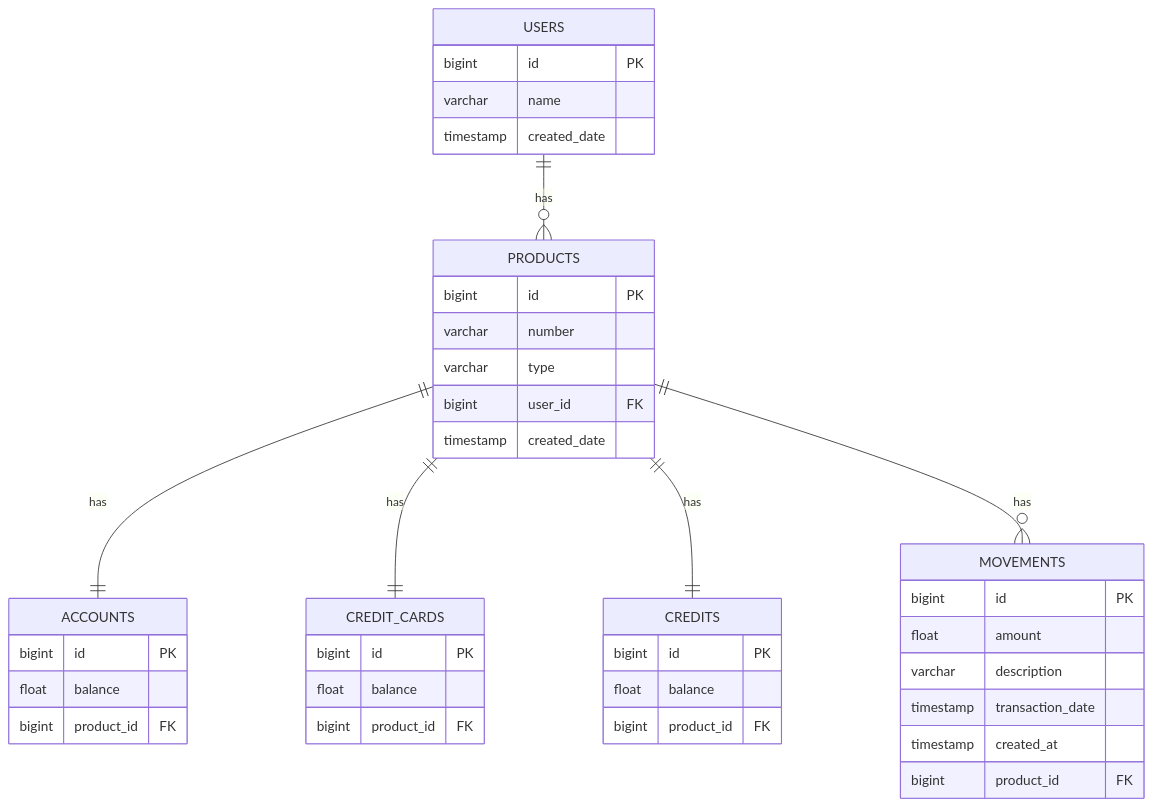
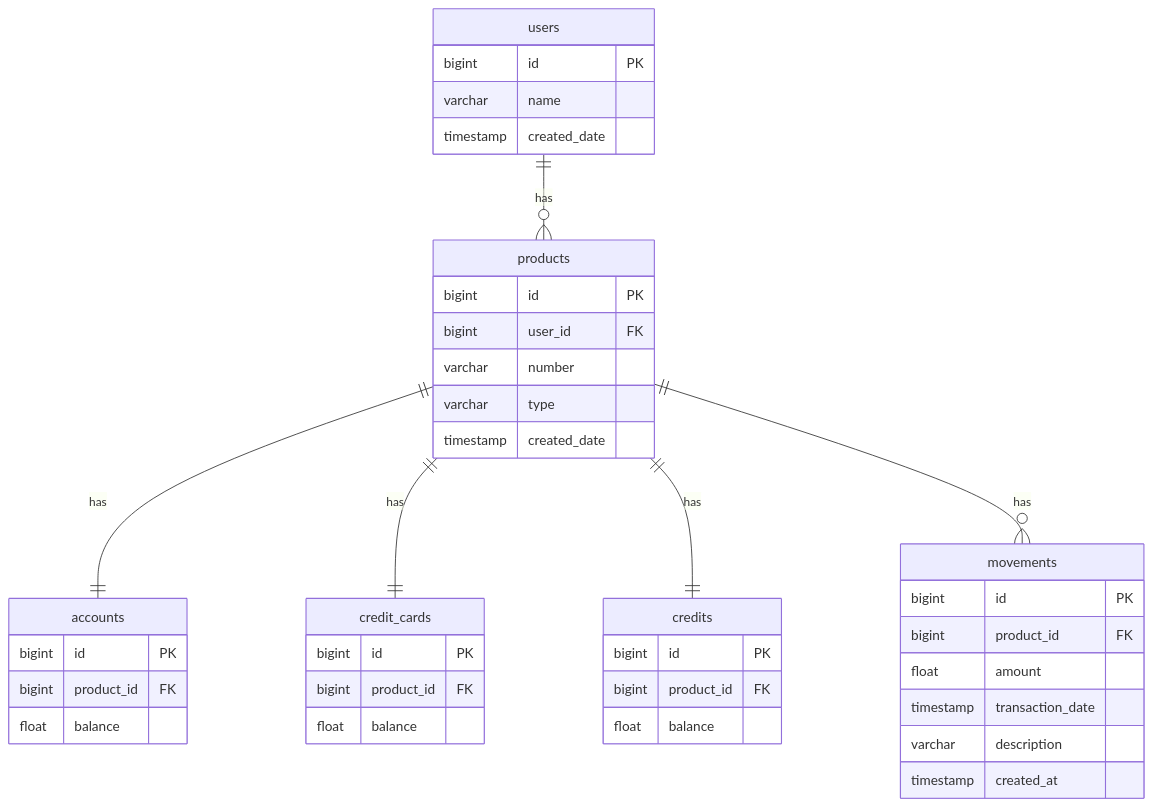
One commit to jupabeto00/graphql-implementation changed the diagram in README.md. Above: the diagram before and after it, drawn with Mermaid. The commit also changed other lines of this file, not shown here.

````diff
--- a/README.md
+++ b/README.md
@@ -17,50 +136,49 @@
 ```mermaid
 erDiagram
+    users ||--o{ products : has
+    products ||--|| accounts : has
+    products ||--|| credit_cards : has
+    products ||--|| credits : has
+    products ||--o{ movements : has
 
-    USERS ||--o{ PRODUCTS : has
-    PRODUCTS ||--|| ACCOUNTS : "has"
-    PRODUCTS ||--|| CREDIT_CARDS : "has"
-    PRODUCTS ||--|| CREDITS : "has"
-    PRODUCTS ||--o{ MOVEMENTS : "has"
-
-    USERS {
+    users {
         bigint id PK
         varchar name
         timestamp created_date
     }
 
-    PRODUCTS {
+    products {
         bigint id PK
+        bigint user_id FK
         varchar number
         varchar type
-        bigint user_id FK
         timestamp created_date
     }
 
-    ACCOUNTS {
+    accounts {
         bigint id PK
+        bigint product_id FK
         float balance
-        bigint product_id FK
     }
 
-    CREDIT_CARDS {
+    credit_cards {
         bigint id PK
+        bigint product_id FK
         float balance
-        bigint product_id FK
     }
 
-    CREDITS {
+    credits {
         bigint id PK
+        bigint product_id FK
         float balance
-        bigint product_id FK
     }
 
-    MOVEMENTS {
+    movements {
         bigint id PK
+        bigint product_id FK
         float amount
+        timestamp transaction_date
         varchar description
-        timestamp transaction_date
         timestamp created_at
-        bigint product_id FK
     }
 ```
````
